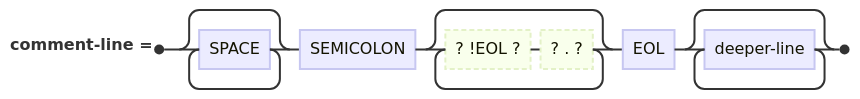
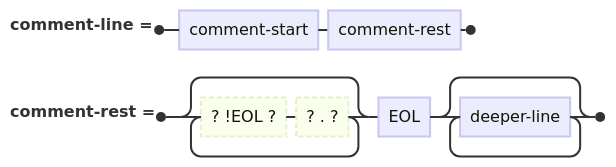
One commit to v2-io/udon changed the tenth of 10 diagrams in v2/spec-lite-0.1.0/.int/railroad-2026-10-21.md. Above: the diagram before and after it, drawn with Mermaid. The commit also changed other lines of this file and 1 other file, not shown here.

First line of the commit message:
spec-lite-0.1.0: railroad rewritten around the starts (Joseph, 2026-10-21): section 2 defines element/attribute/comment/fence/reserved-start with their guards marked OPEN; block-line, sameline items and text-end all built from them; verbatim recorded

````diff
--- a/v2/spec-lite-0.1.0/.int/railroad-2026-10-21.md
+++ b/v2/spec-lite-0.1.0/.int/railroad-2026-10-21.md
@@ -147,6 +160,7 @@
 ```mermaid
 railroad-peg-beta
 title "A comment line"
-comment-line <- SPACE* SEMICOLON (!EOL .)* EOL deeper-line* ;
-%% [[rule:comment-blocks]], [[rule:comment-block-owns-deeper-lines]]. OPEN: a line whose first non-space characters are ";{" is a comment line by this rule, or an inline comment inside the surrounding prose by the embed rules (Joseph's own example, 2026-10-21); the agent expects the second
+comment-line <- comment-start comment-rest ;
+comment-rest <- (!EOL .)* EOL deeper-line* ;
+%% [[rule:comment-blocks]], [[rule:comment-block-owns-deeper-lines]]: everything deeper than the semicolon's column is the comment's, unparsed. OPEN: whether the space after the semicolon is content
 ```
````
